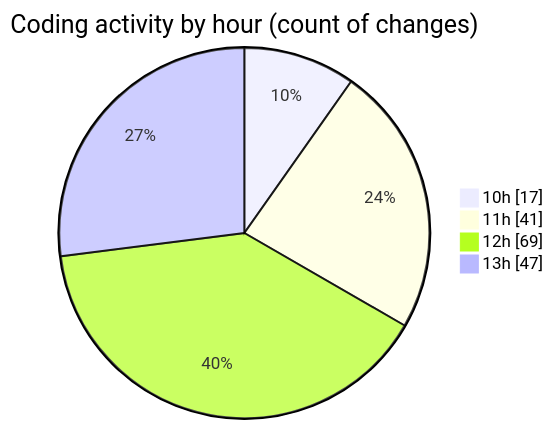
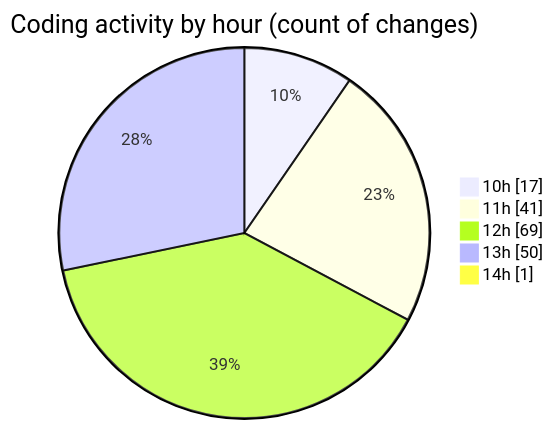
One commit to momahboobian/code-tracking changed the second of 2 diagrams in 2025-10-06/cda/README.md. Above: the diagram before and after it, drawn with Mermaid. The commit also changed other lines of this file and 1 other file, not shown here.

````diff
--- a/2025-10-06/cda/README.md
+++ b/2025-10-06/cda/README.md
@@ -33,8 +33,9 @@
 ```mermaid
 pie showData
 title Coding activity by hour (count of changes)
 "10h" : 17
 "11h" : 41
 "12h" : 69
-"13h" : 47
+"13h" : 50
+"14h" : 1
 ```
````
